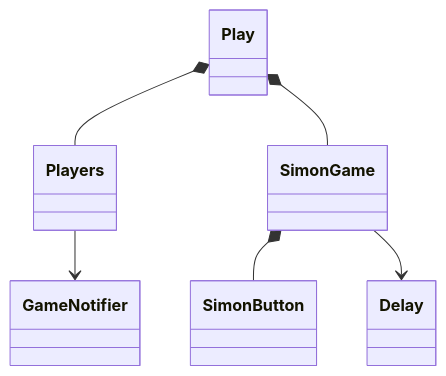
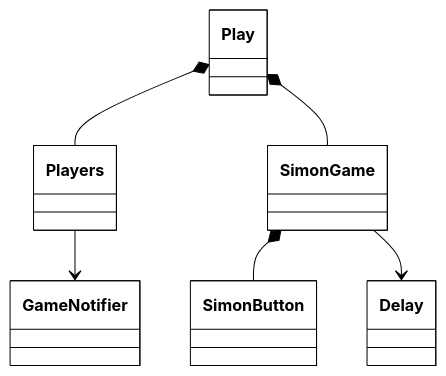
The first of 2 diagrams in instruction/simon/simonReact/simonReactP2.md (jclegg03/cs260v2), drawn with Mermaid before and after one commit. The commit also changed other lines of this file, not shown here.

Commit message:
update(Simon React P2: Reactivity)

````diff
--- a/instruction/simon/simonReact/simonReactP2.md
+++ b/instruction/simon/simonReact/simonReactP2.md
@@ -72,8 +72,18 @@
 ```mermaid
+%%{init: {
+  "theme": "base",
+  "themeVariables": {
+    "primaryColor": "#ffffff",
+    "primaryBorderColor": "#000000",
+    "primaryTextColor": "#000000",
+    "lineColor": "#000000"
+  }
+}}%%
+
 classDiagram
   Play *-- Players
   Players --> GameNotifier
   Play *-- SimonGame
   SimonGame *-- SimonButton
   SimonGame --> Delay
 ```
````
